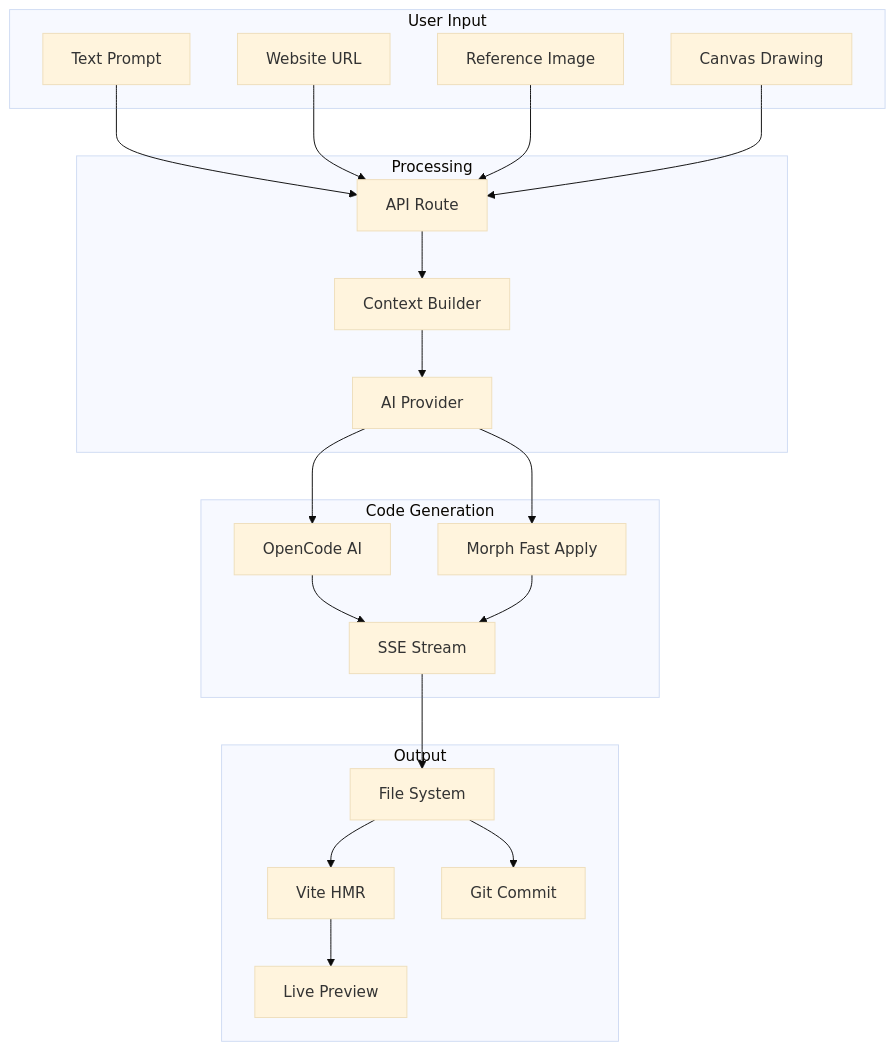
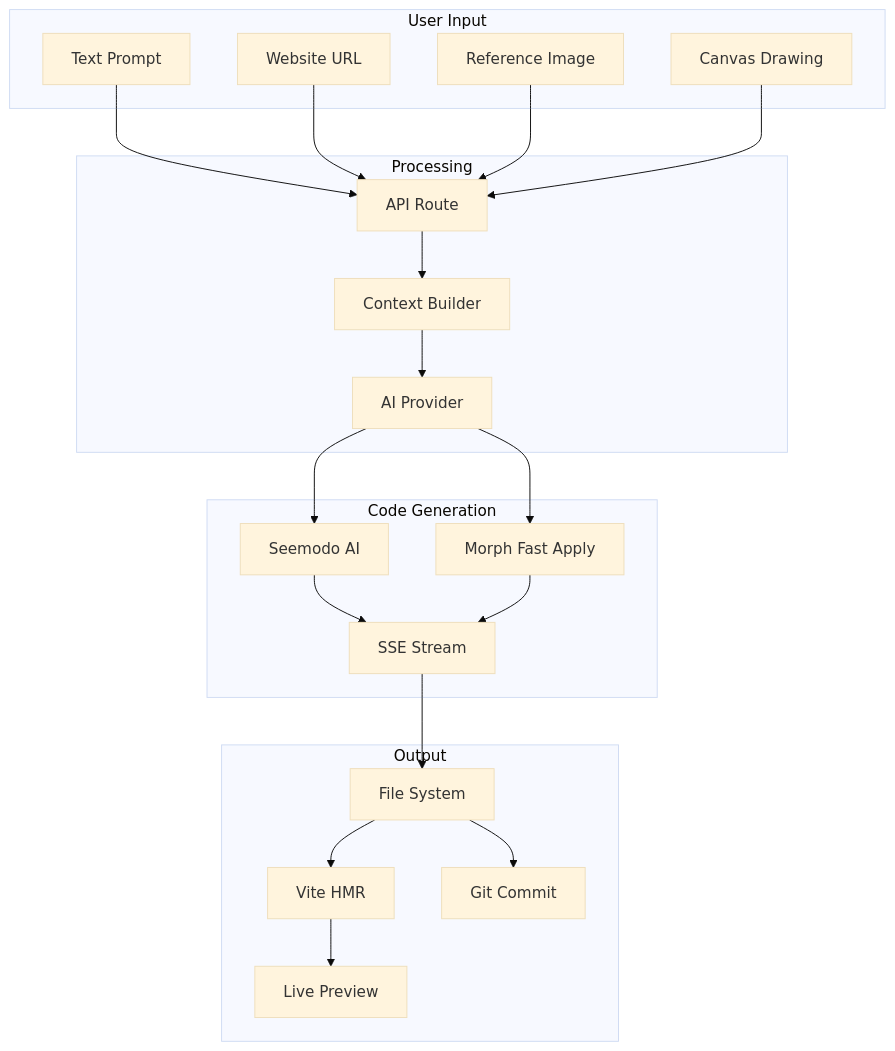
One commit to Seemodo/docs changed the seventh of 7 diagrams in seemodo/architecture.mdx. Above: the diagram before and after it, drawn with Mermaid (base theme). The commit also changed other lines of this file and 23 other files, not shown here.

Commit message:
Update documentation to replace all instances of "OpenCode" with "Seemodo AI" across multiple files, including AGENTS.md, README.md, and various API reference documents, ensuring consistency with the new branding.

````diff
--- a/seemodo/architecture.mdx
+++ b/seemodo/architecture.mdx
@@ -268,43 +268,43 @@
 ```mermaid
 flowchart TB
     subgraph UserInput["User Input"]
         Prompt["Text Prompt"]
         URL["Website URL"]
         Image["Reference Image"]
         Canvas["Canvas Drawing"]
     end
 
     subgraph Processing["Processing"]
         API["API Route"]
         Context["Context Builder"]
         AIProvider["AI Provider"]
     end
 
     subgraph Generation["Code Generation"]
-        OpenCode["OpenCode AI"]
+        SeemodAI["Seemodo AI"]
         Morph["Morph Fast Apply"]
         Stream["SSE Stream"]
     end
 
     subgraph Output["Output"]
         Files["File System"]
         Vite["Vite HMR"]
         Preview["Live Preview"]
         Git["Git Commit"]
     end
 
     Prompt --> API
     URL --> API
     Image --> API
     Canvas --> API
     API --> Context
     Context --> AIProvider
-    AIProvider --> OpenCode
+    AIProvider --> SeemodAI
     AIProvider --> Morph
-    OpenCode --> Stream
+    SeemodAI --> Stream
     Morph --> Stream
     Stream --> Files
     Files --> Vite
     Vite --> Preview
     Files --> Git
 ```
````
